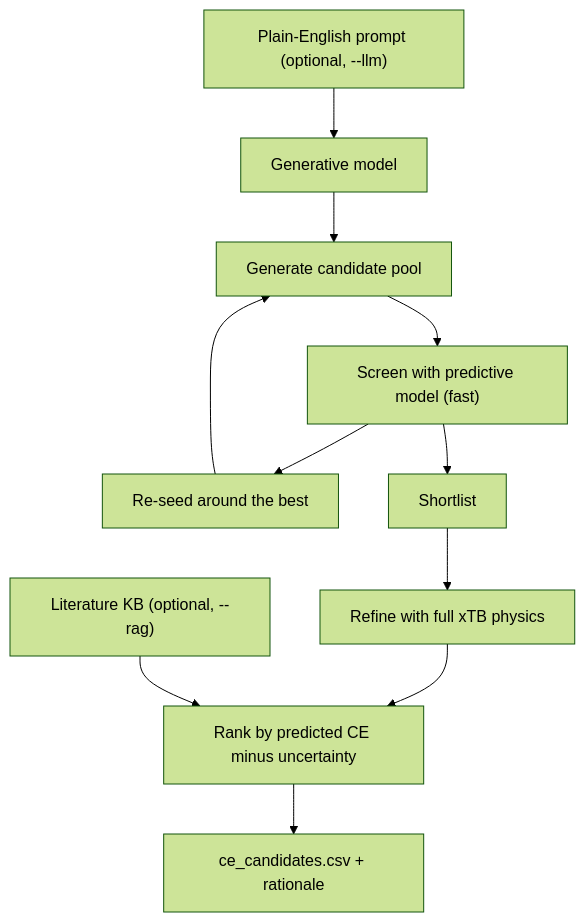
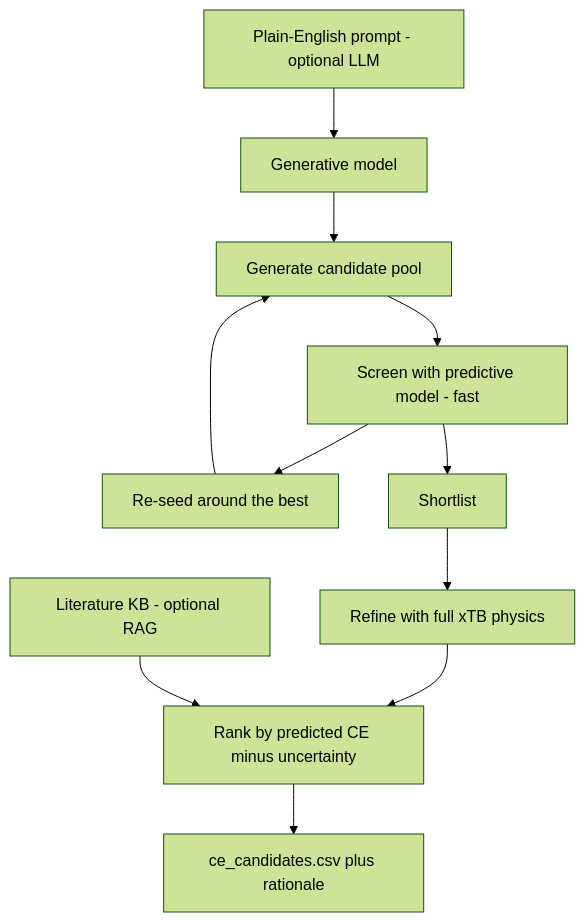
The fourth of 4 diagrams in README.md (NealKapadia/BatteryGen), drawn with Mermaid (forest theme) before and after one commit. The commit also changed other lines of this file, not shown here.

Commit message:
Fix Mermaid diagrams (remove parentheses GitHub can't render); align training count to 9,135,485 across all five databases

````diff
--- a/README.md
+++ b/README.md
@@ -389,13 +390,13 @@
 ```mermaid
 flowchart TB
-    PR["Plain-English prompt (optional, --llm)"] --> GEN
+    PR["Plain-English prompt - optional LLM"] --> GEN
     GEN["Generative model"] --> POOL["Generate candidate pool"]
-    POOL --> SCREEN["Screen with predictive model (fast)"]
+    POOL --> SCREEN["Screen with predictive model - fast"]
     SCREEN --> RESEED["Re-seed around the best"]
     RESEED --> POOL
     SCREEN --> SHORT["Shortlist"]
     SHORT --> XTB["Refine with full xTB physics"]
     XTB --> RANK["Rank by predicted CE minus uncertainty"]
-    KB["Literature KB (optional, --rag)"] --> RANK
-    RANK --> OUT["ce_candidates.csv + rationale"]
+    KB["Literature KB - optional RAG"] --> RANK
+    RANK --> OUT["ce_candidates.csv plus rationale"]
 ```
````
